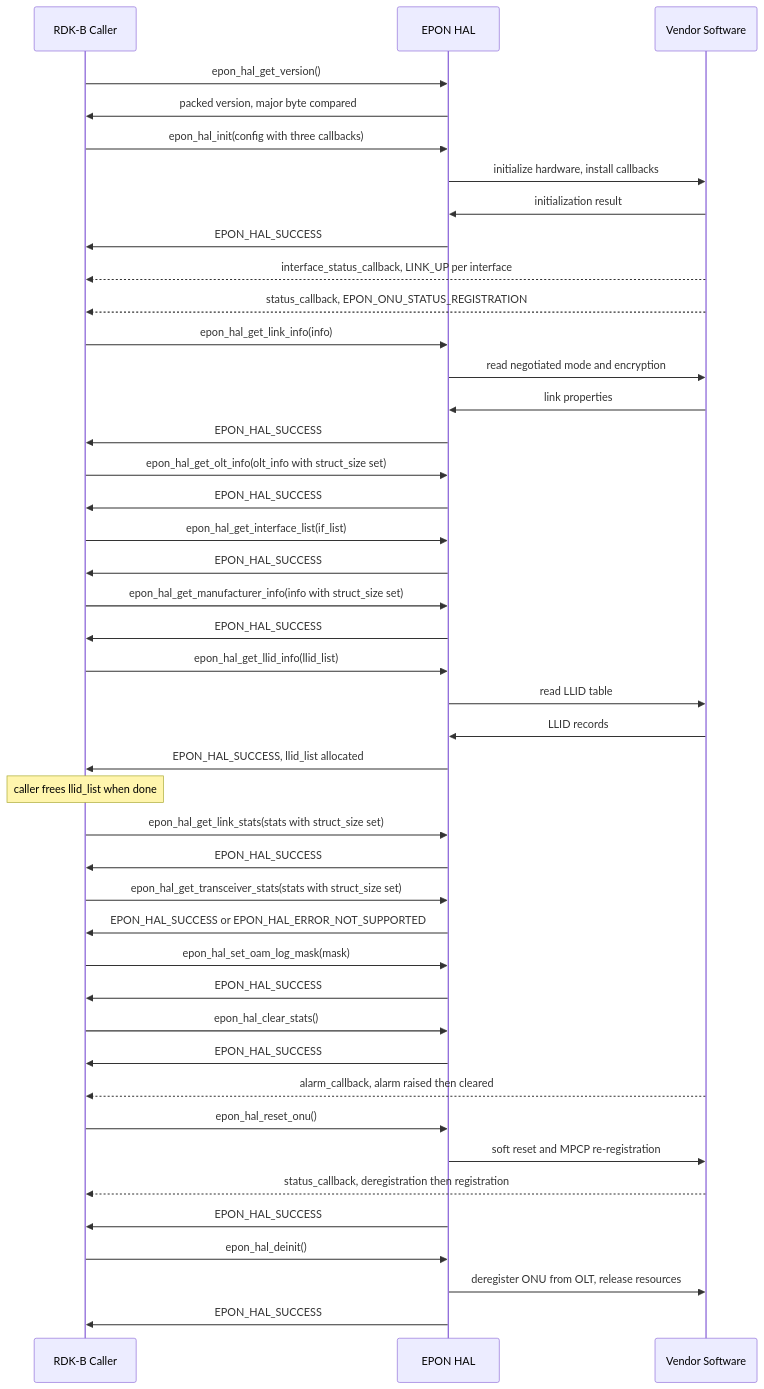
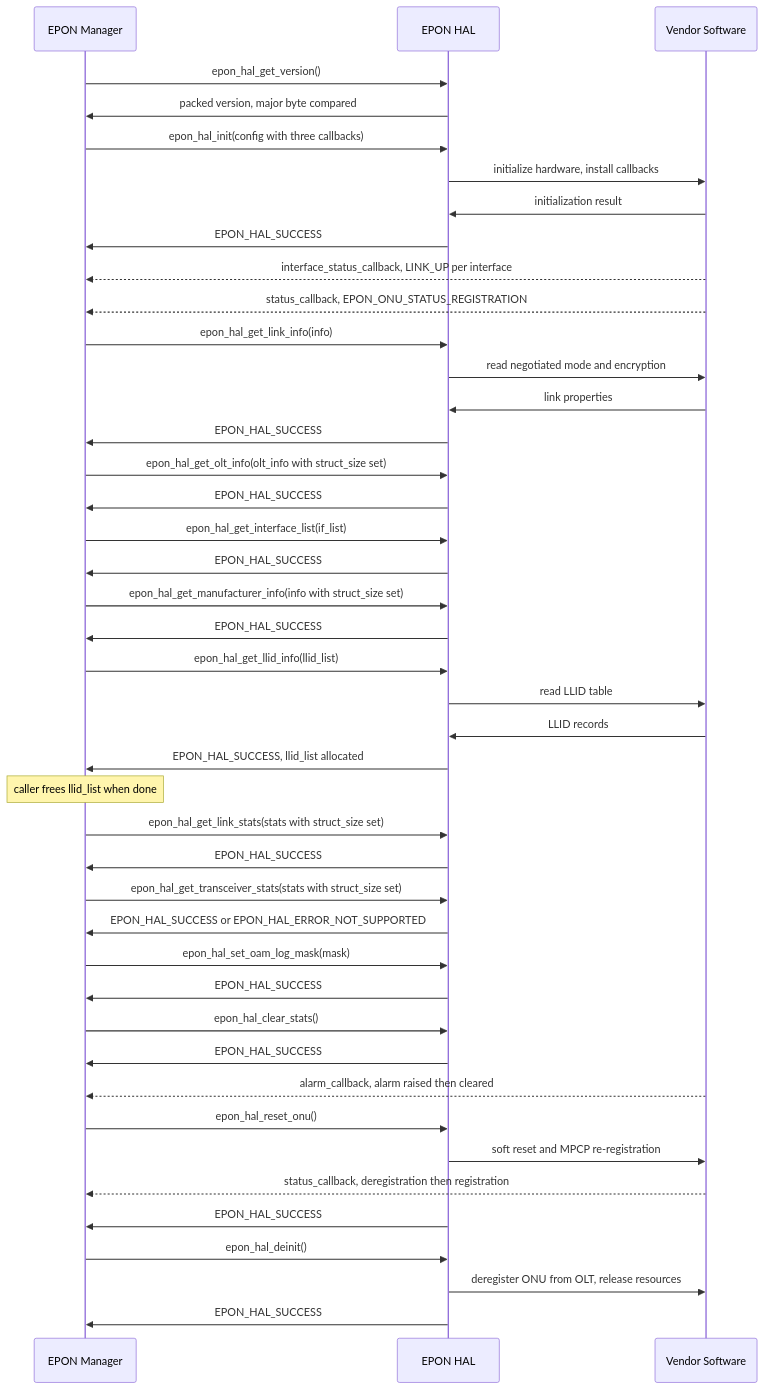
The second of 4 diagrams in docs/pages/EponhalSpec.md (rdkcentral/rdkb-halif-epon), drawn with Mermaid before and after one commit. The commit also changed other lines of this file and 5 other files, not shown here.

````diff
--- a/docs/pages/EponhalSpec.md
+++ b/docs/pages/EponhalSpec.md
@@ -595,45 +595,45 @@
 ```mermaid
 sequenceDiagram
-    participant Caller as RDK-B Caller
+    participant Caller as EPON Manager
     participant HAL as EPON HAL
     participant Vendor as Vendor Software
     Caller->>HAL: epon_hal_get_version()
     HAL->>Caller: packed version, major byte compared
     Caller->>HAL: epon_hal_init(config with three callbacks)
     HAL->>Vendor: initialize hardware, install callbacks
     Vendor->>HAL: initialization result
     HAL->>Caller: EPON_HAL_SUCCESS
     Vendor-->>Caller: interface_status_callback, LINK_UP per interface
     Vendor-->>Caller: status_callback, EPON_ONU_STATUS_REGISTRATION
     Caller->>HAL: epon_hal_get_link_info(info)
     HAL->>Vendor: read negotiated mode and encryption
     Vendor->>HAL: link properties
     HAL->>Caller: EPON_HAL_SUCCESS
     Caller->>HAL: epon_hal_get_olt_info(olt_info with struct_size set)
     HAL->>Caller: EPON_HAL_SUCCESS
     Caller->>HAL: epon_hal_get_interface_list(if_list)
     HAL->>Caller: EPON_HAL_SUCCESS
     Caller->>HAL: epon_hal_get_manufacturer_info(info with struct_size set)
     HAL->>Caller: EPON_HAL_SUCCESS
     Caller->>HAL: epon_hal_get_llid_info(llid_list)
     HAL->>Vendor: read LLID table
     Vendor->>HAL: LLID records
     HAL->>Caller: EPON_HAL_SUCCESS, llid_list allocated
     note over Caller: caller frees llid_list when done
     Caller->>HAL: epon_hal_get_link_stats(stats with struct_size set)
     HAL->>Caller: EPON_HAL_SUCCESS
     Caller->>HAL: epon_hal_get_transceiver_stats(stats with struct_size set)
     HAL->>Caller: EPON_HAL_SUCCESS or EPON_HAL_ERROR_NOT_SUPPORTED
     Caller->>HAL: epon_hal_set_oam_log_mask(mask)
     HAL->>Caller: EPON_HAL_SUCCESS
     Caller->>HAL: epon_hal_clear_stats()
     HAL->>Caller: EPON_HAL_SUCCESS
     Vendor-->>Caller: alarm_callback, alarm raised then cleared
     Caller->>HAL: epon_hal_reset_onu()
     HAL->>Vendor: soft reset and MPCP re-registration
     Vendor-->>Caller: status_callback, deregistration then registration
     HAL->>Caller: EPON_HAL_SUCCESS
     Caller->>HAL: epon_hal_deinit()
     HAL->>Vendor: deregister ONU from OLT, release resources
     HAL->>Caller: EPON_HAL_SUCCESS
 ```
````
